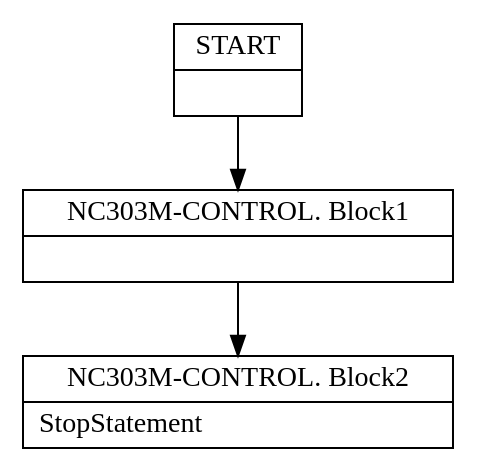
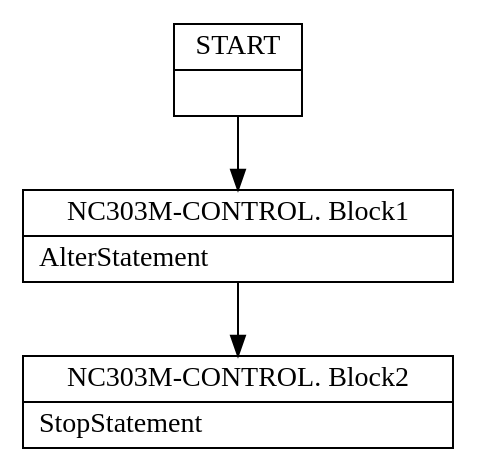
The diagram in TypeCobol.Analysis.Test/DotOutput/Nist/_NC303M.dot (TypeCobolTeam/TypeCobol), drawn with Graphviz before and after one commit. The commit also changed 9 other files, not shown here.

Commit message:
WI #1269 Test CFG dot graphs and visualization.

```diff
--- a/TypeCobol.Analysis.Test/DotOutput/Nist/_NC303M.dot
+++ b/TypeCobol.Analysis.Test/DotOutput/Nist/_NC303M.dot
@@ -1,21 +1,21 @@
 digraph Cfg {
 node [
 shape = "record"
 ]
 
 edge [
 arrowtail = "empty"
 ]
 Block0 [
 label = "{START|}"
 ]
 Block1 [
-label = "{NC303M-CONTROL. Block1|}"
+label = "{NC303M-CONTROL. Block1|AlterStatement\l}"
 ]
 Block2 [
 label = "{NC303M-CONTROL. Block2|StopStatement\l}"
 ]
 Block0 -> Block1
 Block1 -> Block2
 
 }
```
